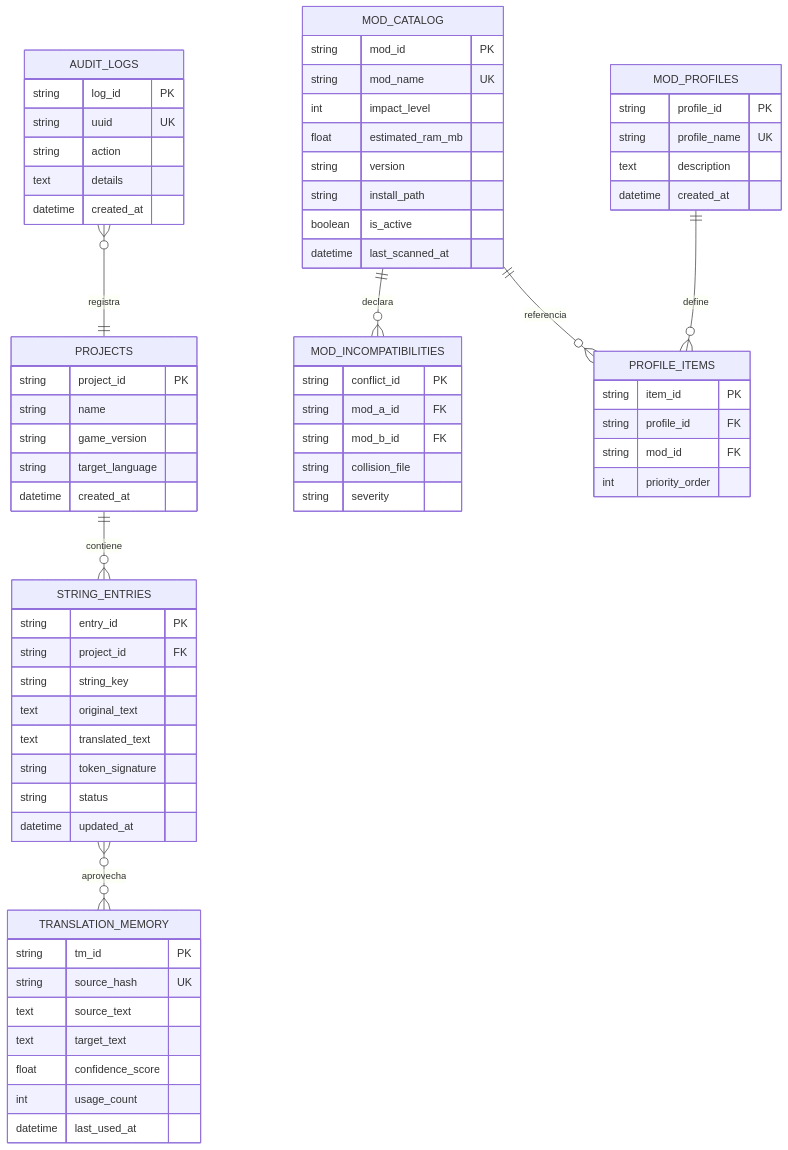
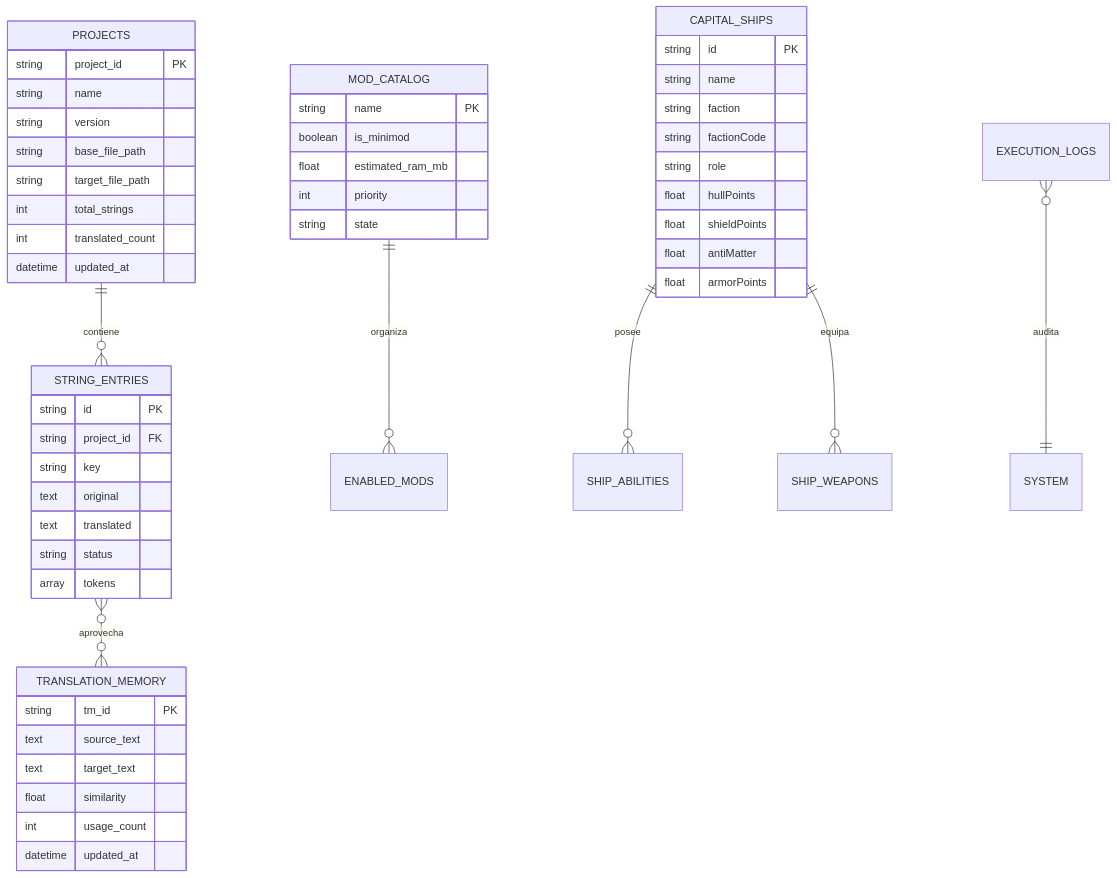
The diagram in docs/database.md (clepces/sn-studio), drawn with Mermaid before and after one commit. The commit also changed other lines of this file and 36 other files, not shown here.

First line of the commit message:
docs: update documentation for architecture migration

````diff
--- a/docs/database.md
+++ b/docs/database.md
@@ -12,79 +13,59 @@
 ```mermaid
 erDiagram
     PROJECTS ||--o{ STRING_ENTRIES : contiene
     STRING_ENTRIES }o--o{ TRANSLATION_MEMORY : aprovecha
-    MOD_CATALOG ||--o{ MOD_INCOMPATIBILITIES : declara
-    MOD_PROFILES ||--o{ PROFILE_ITEMS : define
-    MOD_CATALOG ||--o{ PROFILE_ITEMS : referencia
-    AUDIT_LOGS }o--|| PROJECTS : registra
+    MOD_CATALOG ||--o{ ENABLED_MODS : organiza
+    CAPITAL_SHIPS ||--o{ SHIP_ABILITIES : posee
+    CAPITAL_SHIPS ||--o{ SHIP_WEAPONS : equipa
+    EXECUTION_LOGS }o--|| SYSTEM : audita
 
     PROJECTS {
         string project_id PK
         string name
-        string game_version
-        string target_language
-        datetime created_at
+        string version
+        string base_file_path
+        string target_file_path
+        int total_strings
+        int translated_count
+        datetime updated_at
     }
 
     STRING_ENTRIES {
-        string entry_id PK
+        string id PK
         string project_id FK
-        string string_key
-        text original_text
-        text translated_text
-        string token_signature
+        string key
+        text original
+        text translated
         string status
-        datetime updated_at
+        array tokens
     }
 
     TRANSLATION_MEMORY {
         string tm_id PK
-        string source_hash UK
         text source_text
         text target_text
-        float confidence_score
+        float similarity
         int usage_count
-        datetime last_used_at
+        datetime updated_at
     }
 
     MOD_CATALOG {
-        string mod_id PK
-        string mod_name UK
-        int impact_level
+        string name PK
+        boolean is_minimod
         float estimated_ram_mb
-        string version
-        string install_path
-        boolean is_active
-        datetime last_scanned_at
+        int priority
+        string state
     }
 
-    MOD_PROFILES {
-        string profile_id PK
-        string profile_name UK
-        text description
-        datetime created_at
-    }
-
-    PROFILE_ITEMS {
-        string item_id PK
-        string profile_id FK
-        string mod_id FK
-        int priority_order
-    }
-
-    MOD_INCOMPATIBILITIES {
-        string conflict_id PK
-        string mod_a_id FK
-        string mod_b_id FK
-        string collision_file
-        string severity
-    }
-
-    AUDIT_LOGS {
-        string log_id PK
-        string uuid UK
-        string action
-        text details
-        datetime created_at
+    CAPITAL_SHIPS {
+        string id PK
+        string name
+        string faction
+        string factionCode
+        string role
+        float hullPoints
+        float shieldPoints
+        float antiMatter
+        float armorPoints
     }
 ```
````
